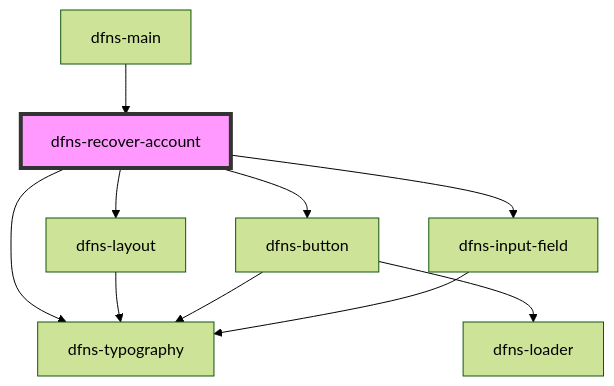
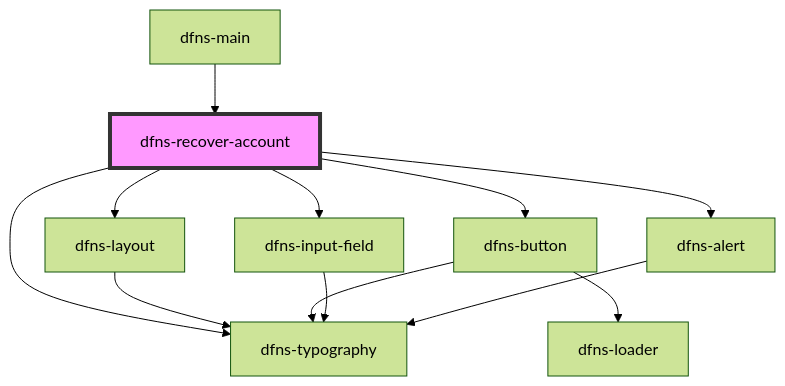
Before and after one commit to dfnsext/web-ui: the diagram in src/components/Pages/dfns-recover-account/readme.md, drawn with Mermaid (forest theme). The commit also changed other lines of this file and 10 other files, not shown here.

````diff
--- a/src/components/Pages/dfns-recover-account/readme.md
+++ b/src/components/Pages/dfns-recover-account/readme.md
@@ -29,13 +30,15 @@
 ```mermaid
 graph TD;
   dfns-recover-account --> dfns-layout
   dfns-recover-account --> dfns-typography
   dfns-recover-account --> dfns-button
   dfns-recover-account --> dfns-input-field
+  dfns-recover-account --> dfns-alert
   dfns-layout --> dfns-typography
   dfns-button --> dfns-typography
   dfns-button --> dfns-loader
   dfns-input-field --> dfns-typography
+  dfns-alert --> dfns-typography
   dfns-main --> dfns-recover-account
   style dfns-recover-account fill:#f9f,stroke:#333,stroke-width:4px
 ```
````
